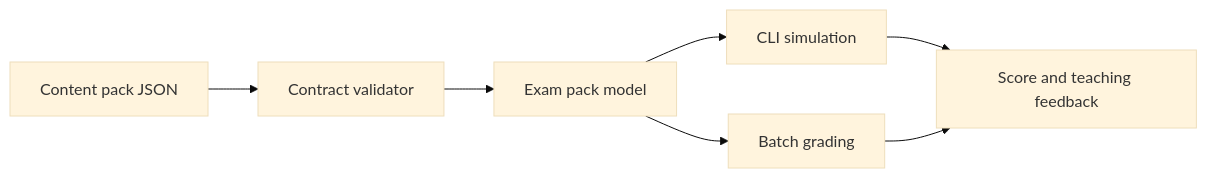
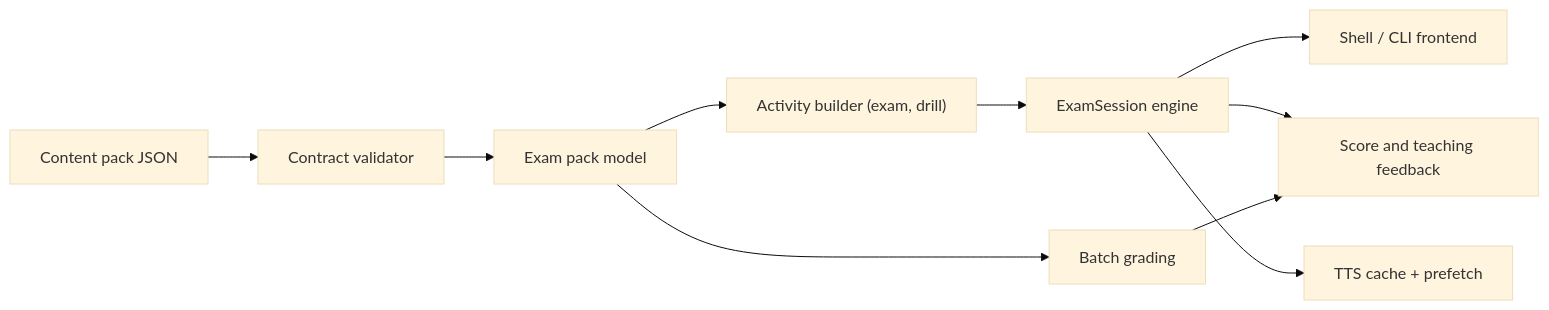
Before and after one commit to Haruto2017/TOPIK-Simulator-CLI: the diagram in docs/ARCHITECTURE.md, drawn with Mermaid (base theme). The commit also changed other lines of this file and 9 other files, not shown here.

First line of the commit message:
Formalize agent workflow, extension framework, and roadmap

````diff
--- a/docs/ARCHITECTURE.md
+++ b/docs/ARCHITECTURE.md
@@ -15,9 +17,12 @@
 ```mermaid
 flowchart LR
     A["Content pack JSON"] --> B["Contract validator"]
     B --> C["Exam pack model"]
-    C --> D["CLI simulation"]
+    C --> G["Activity builder (exam, drill)"]
+    G --> H["ExamSession engine"]
+    H --> D["Shell / CLI frontend"]
     C --> E["Batch grading"]
-    D --> F["Score and teaching feedback"]
+    H --> F["Score and teaching feedback"]
     E --> F
+    H --> I["TTS cache + prefetch"]
 ```
````
